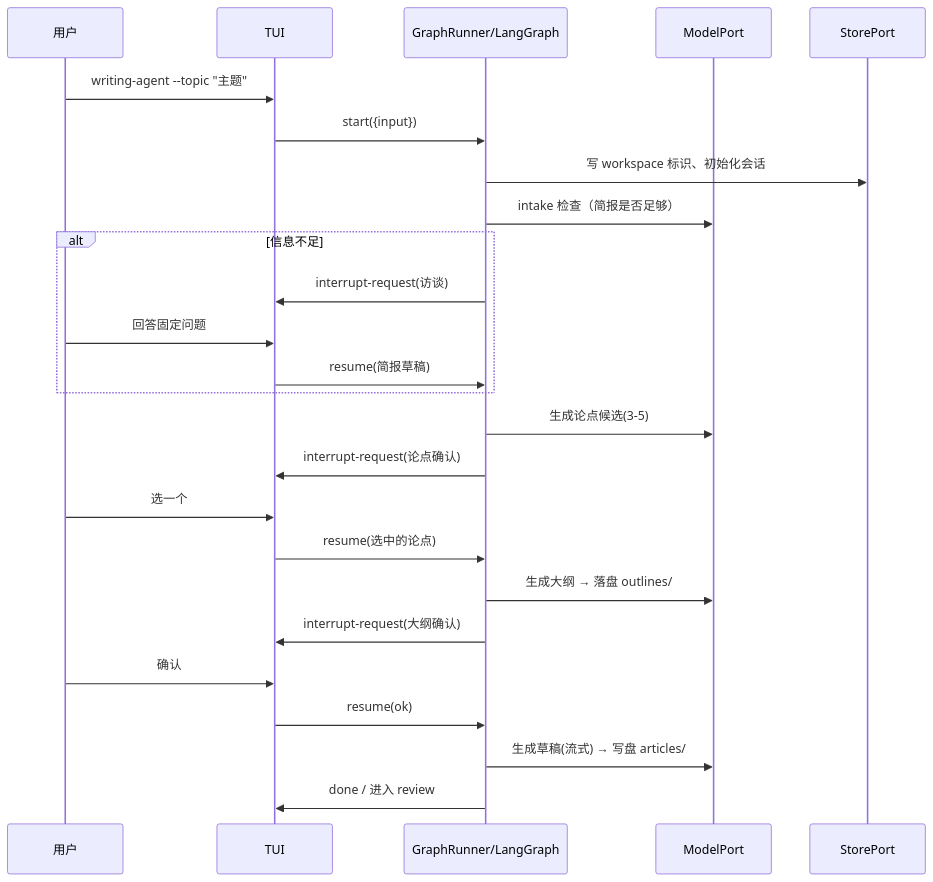
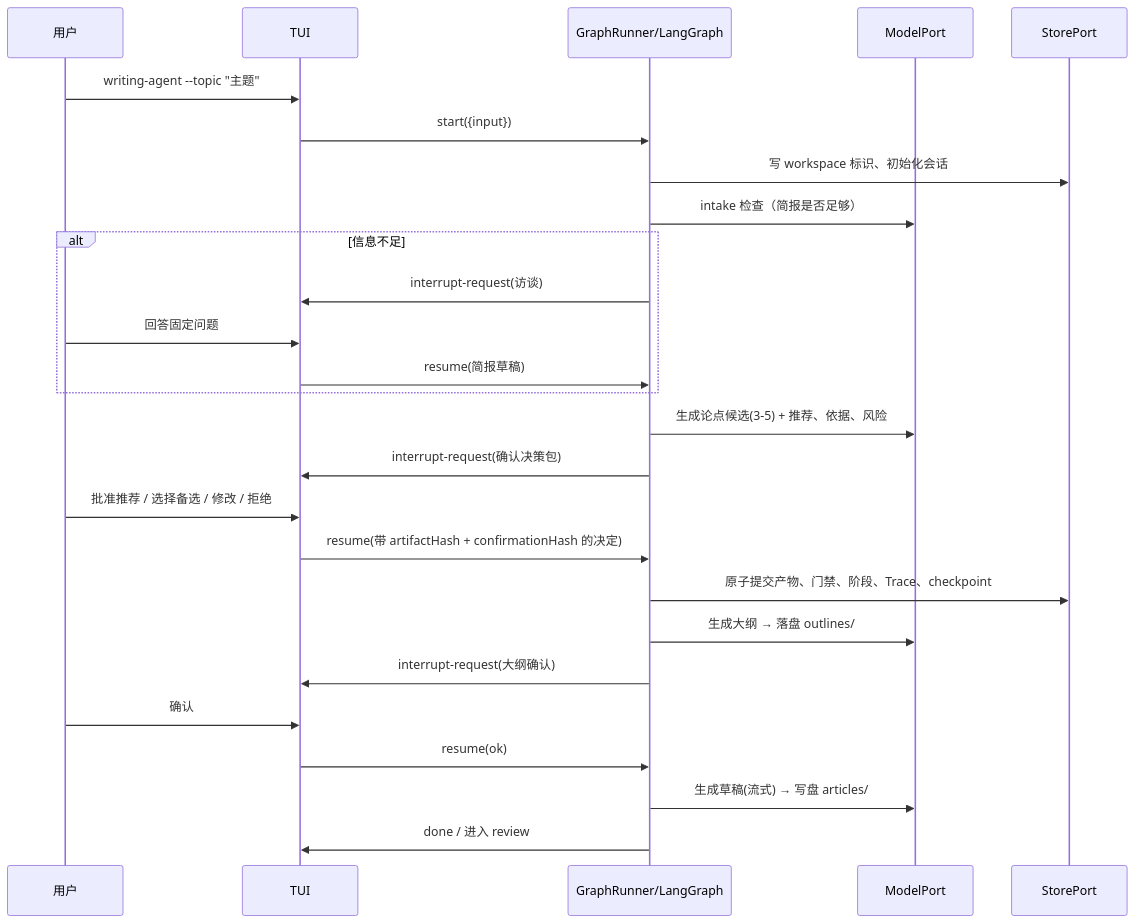
Before and after one commit to yuanxujia8090/simple-write-agent: the first of 4 diagrams in docs/design/2026-09-05-agent-technical-design.md, drawn with Mermaid. The commit also changed other lines of this file and 5 other files, not shown here.

````diff
--- a/docs/design/2026-09-05-agent-technical-design.md
+++ b/docs/design/2026-09-05-agent-technical-design.md
@@ -246,28 +268,29 @@
 ```mermaid
 sequenceDiagram
     participant U as 用户
     participant T as TUI
     participant G as GraphRunner/LangGraph
     participant M as ModelPort
     participant S as StorePort
 
     U->>T: writing-agent --topic "主题"
     T->>G: start({input})
     G->>S: 写 workspace 标识、初始化会话
     G->>M: intake 检查（简报是否足够）
     alt 信息不足
         G->>T: interrupt-request(访谈)
         U->>T: 回答固定问题
         T->>G: resume(简报草稿)
     end
-    G->>M: 生成论点候选(3-5)
-    G->>T: interrupt-request(论点确认)
-    U->>T: 选一个
-    T->>G: resume(选中的论点)
+    G->>M: 生成论点候选(3-5) + 推荐、依据、风险
+    G->>T: interrupt-request(确认决策包)
+    U->>T: 批准推荐 / 选择备选 / 修改 / 拒绝
+    T->>G: resume(带 artifactHash + confirmationHash 的决定)
+    G->>S: 原子提交产物、门禁、阶段、Trace、checkpoint
     G->>M: 生成大纲 → 落盘 outlines/
     G->>T: interrupt-request(大纲确认)
     U->>T: 确认
     T->>G: resume(ok)
     G->>M: 生成草稿(流式) → 写盘 articles/
     G->>T: done / 进入 review
 ```
````
